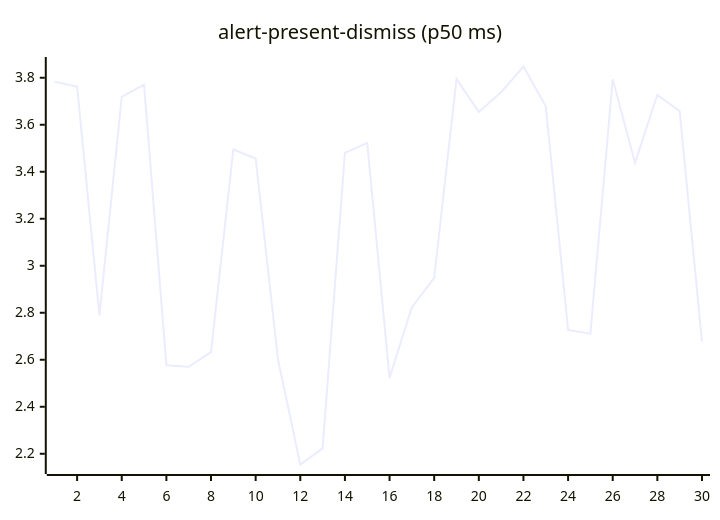
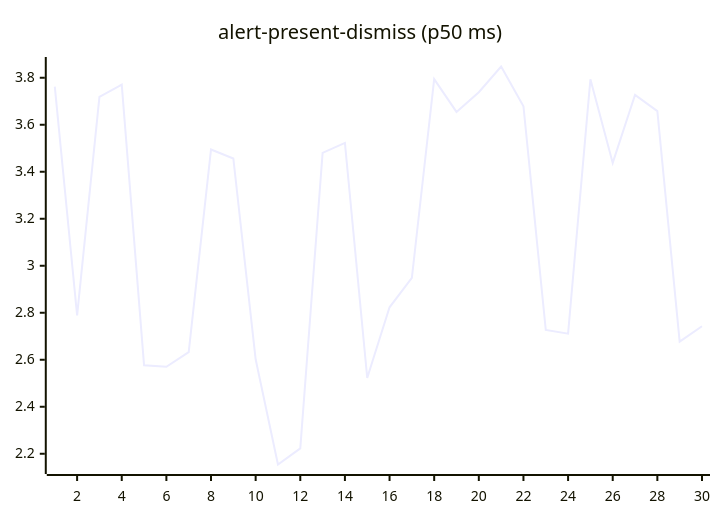
The second of 27 diagrams in README.md (josha/Facet), drawn with Mermaid before and after one commit. The commit also changed other lines of this file and 2 other files, not shown here.

````diff
--- a/README.md
+++ b/README.md
@@ -70,6 +70,6 @@
 ```mermaid
 xychart-beta
     title "alert-present-dismiss (p50 ms)"
     x-axis 1 --> 30
-    line [3.7826, 3.7621, 2.7891, 3.7187, 3.7708, 2.5766, 2.5704, 2.6324, 3.4949, 3.4566, 2.6019, 2.1543, 2.2230, 3.4803, 3.5227, 2.5229, 2.8233, 2.9484, 3.7942, 3.6546, 3.7386, 3.8479, 3.6788, 2.7270, 2.7111, 3.7936, 3.4376, 3.7274, 3.6582, 2.6769]
+    line [3.7621, 2.7891, 3.7187, 3.7708, 2.5766, 2.5704, 2.6324, 3.4949, 3.4566, 2.6019, 2.1543, 2.2230, 3.4803, 3.5227, 2.5229, 2.8233, 2.9484, 3.7942, 3.6546, 3.7386, 3.8479, 3.6788, 2.7270, 2.7111, 3.7936, 3.4376, 3.7274, 3.6582, 2.6769, 2.7425]
 ```
````
